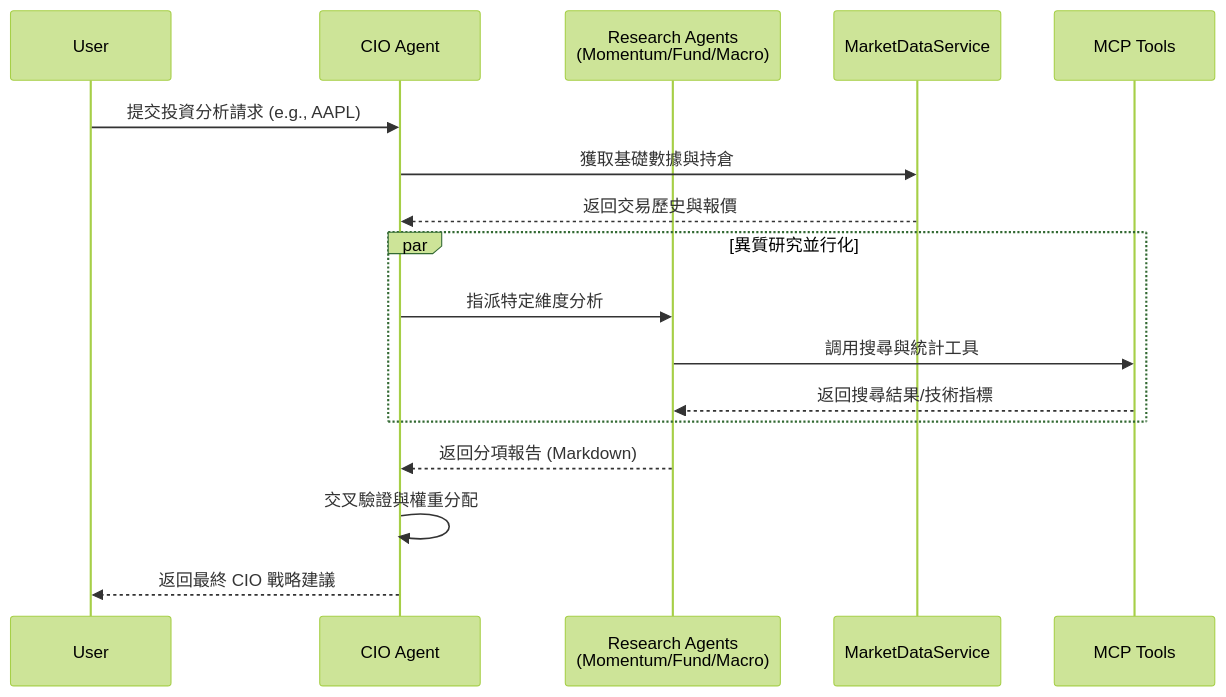
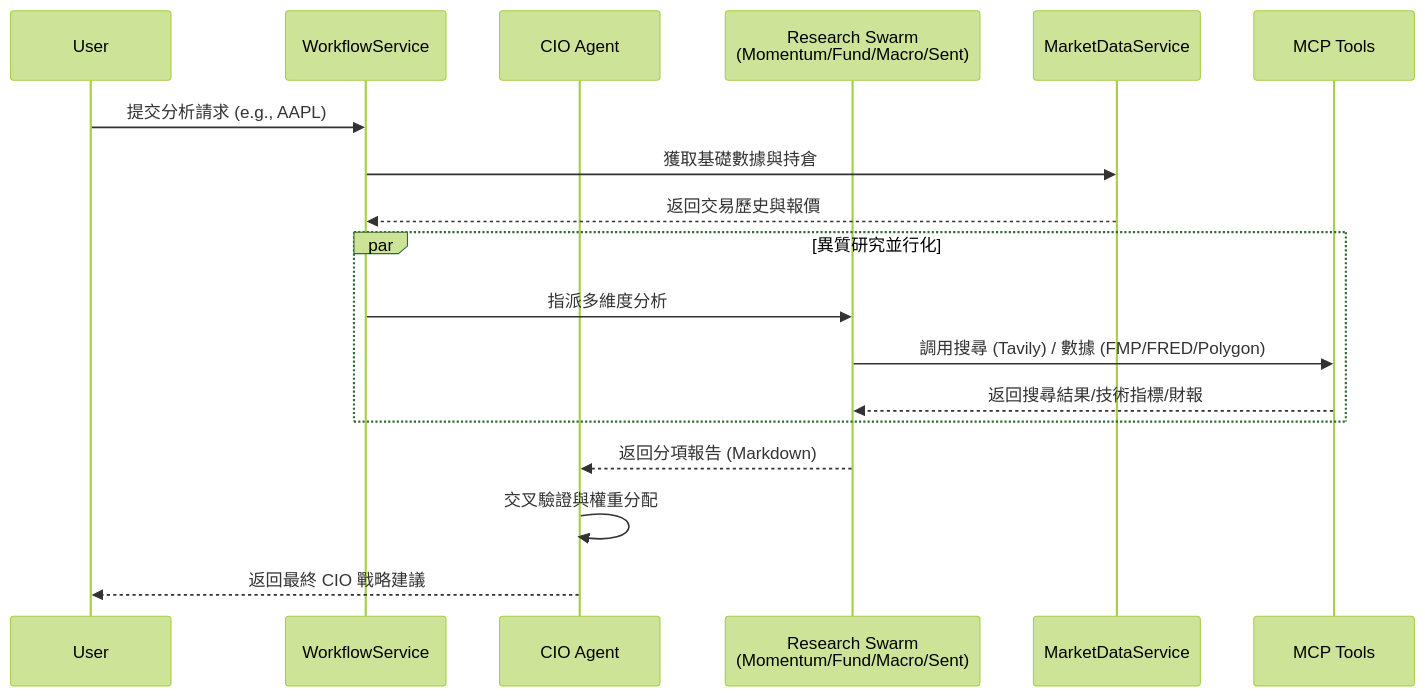
One commit to neohsiung/AI-Investment-Advisor changed the first of 2 diagrams in wiki/02_產品經理-Product_Managers/Specs/核心系統規格-Core-System-Specs.md. Above: the diagram before and after it, drawn with Mermaid (forest theme). The commit also changed other lines of this file and 3 other files, not shown here.

````diff
--- a/wiki/02_產品經理-Product_Managers/Specs/核心系統規格-Core-System-Specs.md
+++ b/wiki/02_產品經理-Product_Managers/Specs/核心系統規格-Core-System-Specs.md
@@ -32,20 +51,21 @@
 ```mermaid
 sequenceDiagram
     participant User
+    participant WF as WorkflowService
     participant CIO as CIO Agent
-    participant Agents as Research Agents<br/>(Momentum/Fund/Macro)
-    participant Ser as MarketDataService
-    participant Tools as MCP Tools
+    participant Agents as Research Swarm<br/>(Momentum/Fund/Macro/Sent)
+    participant MDS as MarketDataService
+    participant MCP as MCP Tools
 
-    User->>CIO: 提交投資分析請求 (e.g., AAPL)
-    CIO->>Ser: 獲取基礎數據與持倉
-    Ser-->>CIO: 返回交易歷史與報價
+    User->>WF: 提交分析請求 (e.g., AAPL)
+    WF->>MDS: 獲取基礎數據與持倉
+    MDS-->>WF: 返回交易歷史與報價
     par 異質研究並行化
-        CIO->>Agents: 指派特定維度分析
-        Agents->>Tools: 調用搜尋與統計工具
-        Tools-->>Agents: 返回搜尋結果/技術指標
+        WF->>Agents: 指派多維度分析
+        Agents->>MCP: 調用搜尋 (Tavily) / 數據 (FMP/FRED/Polygon)
+        MCP-->>Agents: 返回搜尋結果/技術指標/財報
     end
     Agents-->>CIO: 返回分項報告 (Markdown)
     CIO->>CIO: 交叉驗證與權重分配
     CIO-->>User: 返回最終 CIO 戰略建議
 ```
````
